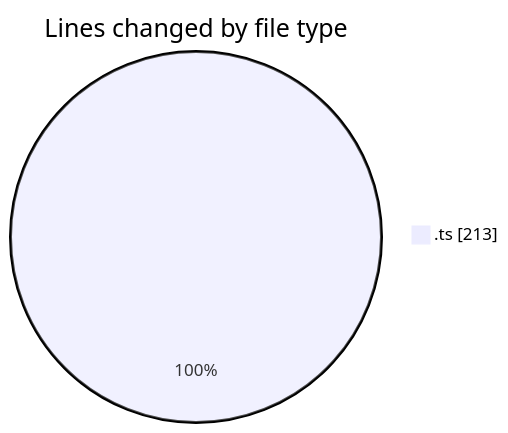
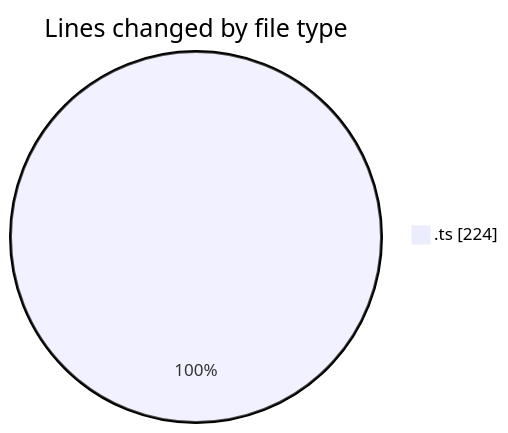
One commit to momahboobian/code-tracking changed the first of 2 diagrams in 2025-11-27/cda/README.md. Above: the diagram before and after it, drawn with Mermaid. The commit also changed other lines of this file and 1 other file, not shown here.

````diff
--- a/2025-11-27/cda/README.md
+++ b/2025-11-27/cda/README.md
@@ -21,5 +21,5 @@
 ```mermaid
 pie showData
 title Lines changed by file type
-".ts" : 213
+".ts" : 224
 ```
````
